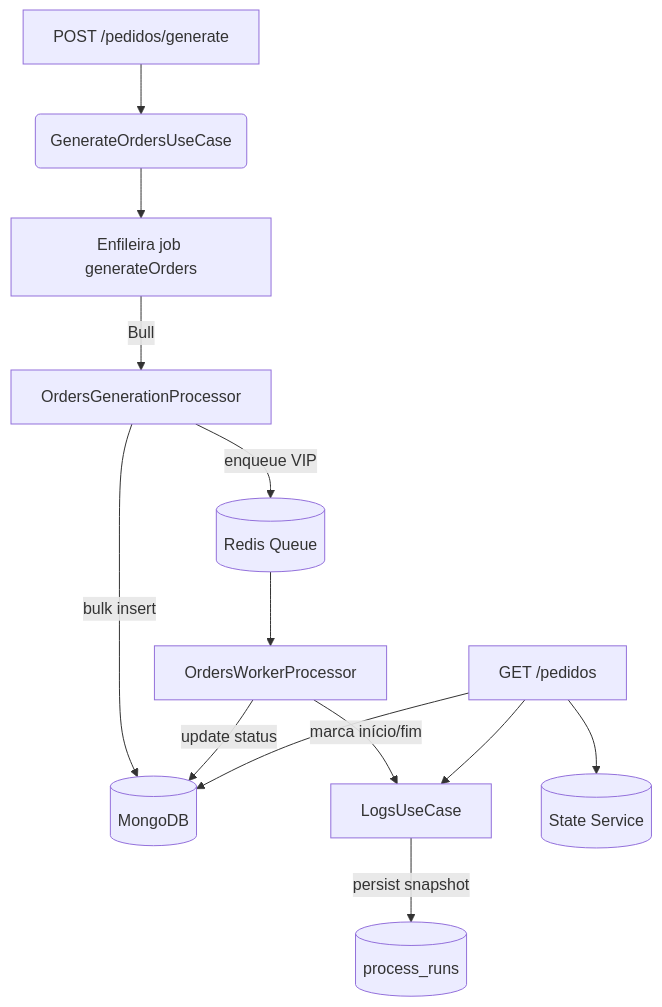
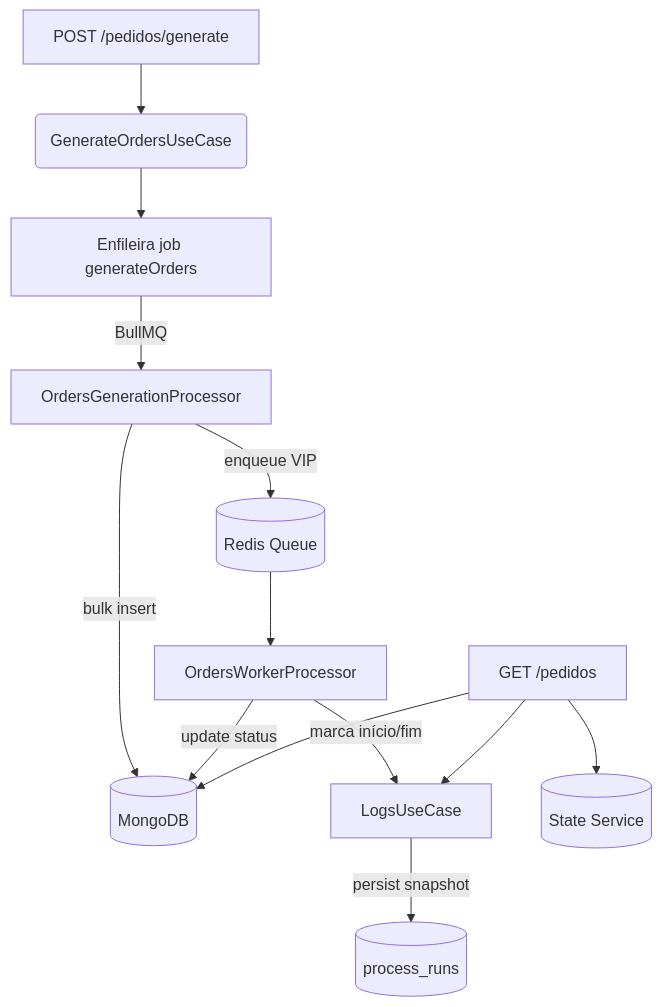
One commit to Vidigal-code/ecommerce-orders-queue-challenge changed the diagram in nest-backend/README_PT.md. Above: the diagram before and after it, drawn with Mermaid. The commit also changed other lines of this file and 91 other files, not shown here.

````diff
--- a/nest-backend/README_PT.md
+++ b/nest-backend/README_PT.md
@@ -97,15 +97,15 @@
 ```mermaid
 flowchart TD
     A[POST /pedidos/generate] --> B(GenerateOrdersUseCase)
     B --> C[Enfileira job generateOrders]
-    C -->|Bull| D[OrdersGenerationProcessor]
+    C -->|BullMQ| D[OrdersGenerationProcessor]
     D -->|bulk insert| M[(MongoDB)]
     D -->|enqueue VIP| Q[(Redis Queue)]
     Q --> W[OrdersWorkerProcessor]
     W -->|update status| M
     W -->|marca início/fim| L[LogsUseCase]
     L -->|persist snapshot| R[(process_runs)]
     S[GET /pedidos] --> L
     S --> M
     S --> ST[(State Service)]
 ```
````
